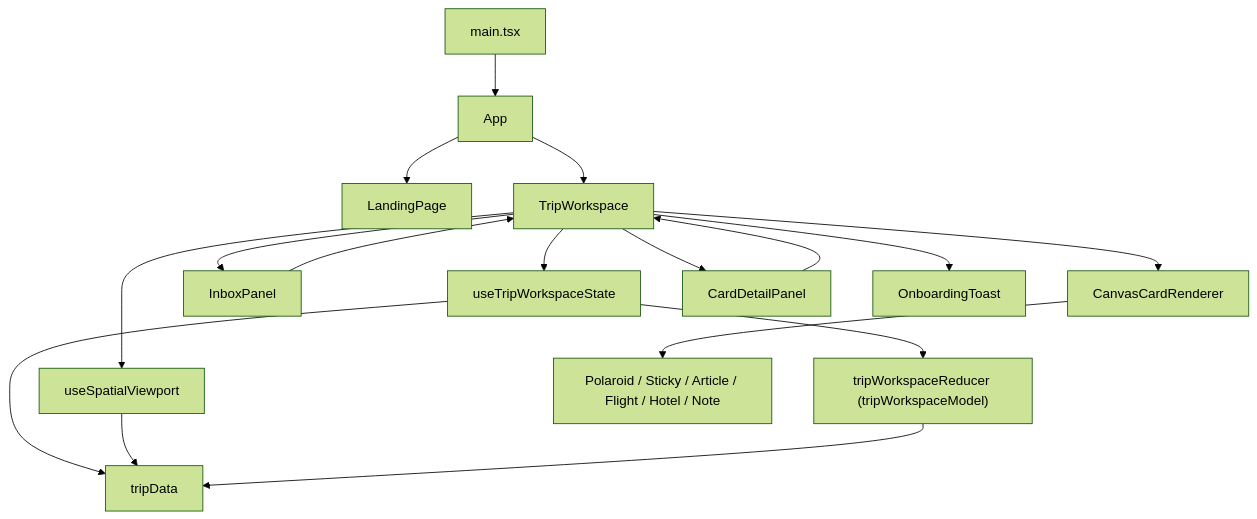
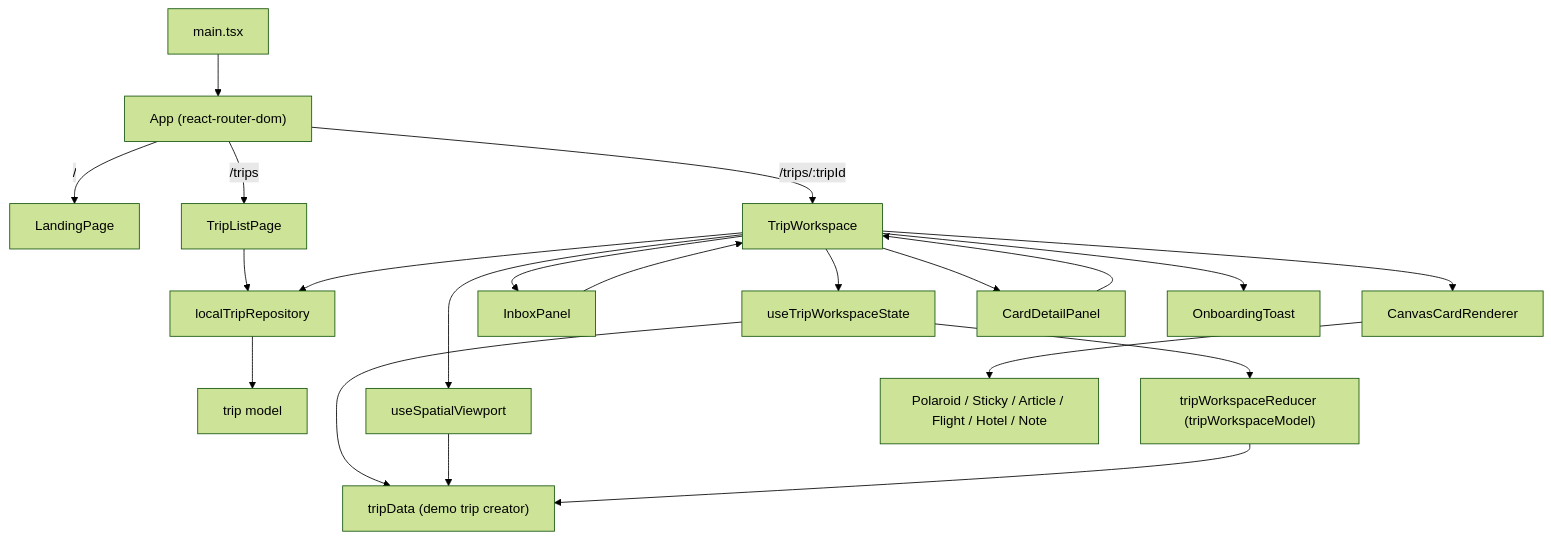
The diagram in docs/architecture/codebase-map.md (caraseli02/ai-travel-spatial-workspace), drawn with Mermaid (forest theme) before and after one commit. The commit also changed other lines of this file and 5 other files, not shown here.

Commit message:
docs & refactor: refine multi-trip workspace persistence and prompt bar inbox capture

````diff
--- a/docs/architecture/codebase-map.md
+++ b/docs/architecture/codebase-map.md
@@ -5,22 +5,27 @@
 ```mermaid
 flowchart TD
-  main["main.tsx"] --> app["App"]
-  app --> landing["LandingPage"]
-  app --> workspace["TripWorkspace"]
+  main["main.tsx"] --> app["App (react-router-dom)"]
+  app -- "/" --> landing["LandingPage"]
+  app -- "/trips" --> triplist["TripListPage"]
+  app -- "/trips/:tripId" --> workspace["TripWorkspace"]
+
+  triplist --> repo["localTripRepository"]
+  workspace --> repo
+  repo --> modelTrip["trip model"]
 
   workspace --> hookState["useTripWorkspaceState"]
   workspace --> hookViewport["useSpatialViewport"]
   workspace --> inbox["InboxPanel"]
   workspace --> cards["CanvasCardRenderer"]
   workspace --> detail["CardDetailPanel"]
   workspace --> toast["OnboardingToast"]
 
   hookState --> model["tripWorkspaceReducer (tripWorkspaceModel)"]
-  hookState --> data["tripData"]
+  hookState --> data["tripData (demo trip creator)"]
   hookViewport --> data
   model --> data
 
   inbox --> workspace
   detail --> workspace
   cards --> cardTypes["Polaroid / Sticky / Article / Flight / Hotel / Note"]
 ```
````
